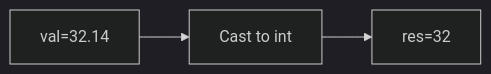
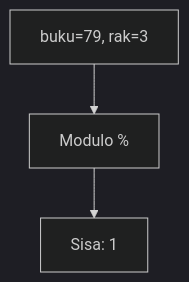
The ninth of 25 diagrams in part-c-pemahaman-cpp/01-tipe-data/latihan/set-07.md (amnahwaida/OSNK_INF_PREP), drawn with Mermaid (dark theme) before and after one commit. The commit also changed other lines of this file and 71 other files, not shown here.

````diff
--- a/part-c-pemahaman-cpp/01-tipe-data/latihan/set-07.md
+++ b/part-c-pemahaman-cpp/01-tipe-data/latihan/set-07.md
@@ -238,5 +251,5 @@
 ```mermaid
-graph LR
-A["val=32.14"] --> B["Cast to int"]
-B --> C["res=32"]
+graph TD
+A["buku=79, rak=3"] --> B["Modulo %"]
+B --> C["Sisa: 1"]
 ```
````
